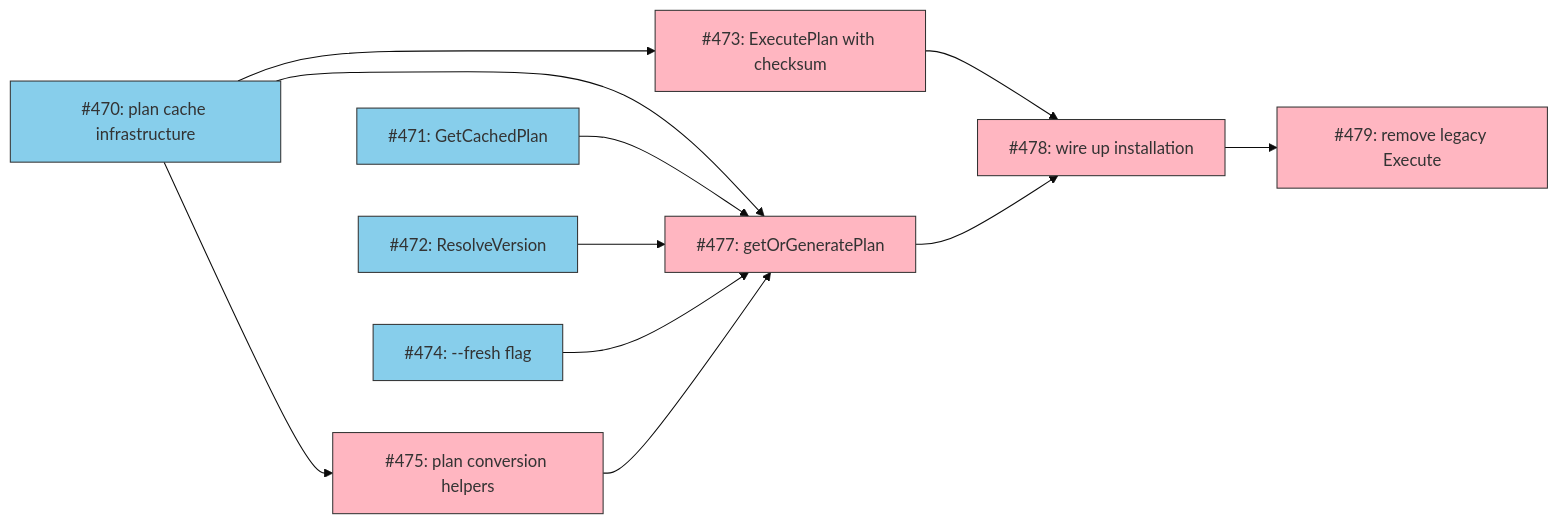
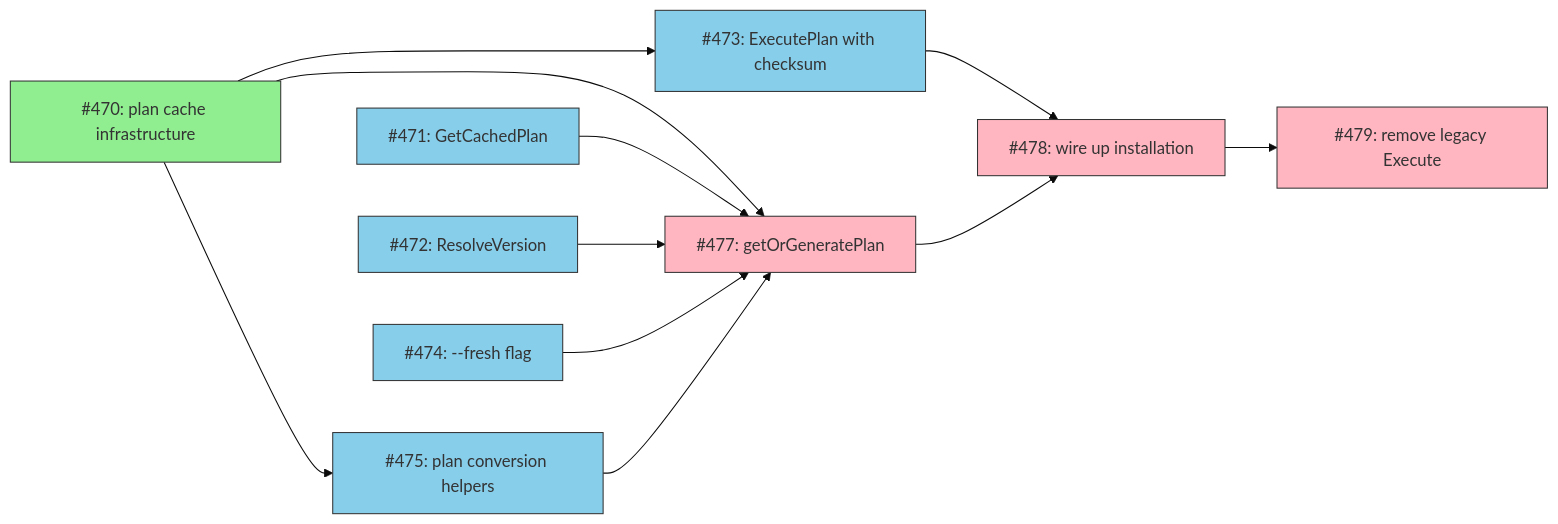
The diagram in docs/DESIGN-deterministic-execution.md (tsukumogami/tsuku), drawn with Mermaid (base theme) before and after one commit. The commit also changed 2 other files, not shown here.

Commit message:
feat(executor): add plan cache infrastructure (#481)
## Summary

- Add foundational types for plan caching: `PlanCacheKey`,
`CacheKeyFor()`, `ValidateCachedPlan()`, `ChecksumMismatchError`
- Cache key is based on resolution output (resolved version), not user
input
- Comprehensive unit tests for all new types and functions

This is Track A of the deterministic execution implementation, enabling
parallel development with other foundation issues.

Fixes #470

````diff
--- a/docs/DESIGN-deterministic-execution.md
+++ b/docs/DESIGN-deterministic-execution.md
@@ -27,17 +27,17 @@
 ```mermaid
 graph LR
     classDef done fill:#90EE90,stroke:#333
     classDef ready fill:#87CEEB,stroke:#333
     classDef blocked fill:#FFB6C1,stroke:#333
 
-    I470[#470: plan cache infrastructure]:::ready --> I473[#473: ExecutePlan with checksum]:::blocked
-    I470 --> I475[#475: plan conversion helpers]:::blocked
+    I470[#470: plan cache infrastructure]:::done --> I473[#473: ExecutePlan with checksum]:::ready
+    I470 --> I475[#475: plan conversion helpers]:::ready
     I470 --> I477[#477: getOrGeneratePlan]:::blocked
     I471[#471: GetCachedPlan]:::ready --> I477
     I472[#472: ResolveVersion]:::ready --> I477
     I474[#474: --fresh flag]:::ready --> I477
     I475 --> I477
     I473 --> I478[#478: wire up installation]:::blocked
     I477 --> I478
     I478 --> I479[#479: remove legacy Execute]:::blocked
 ```
````
